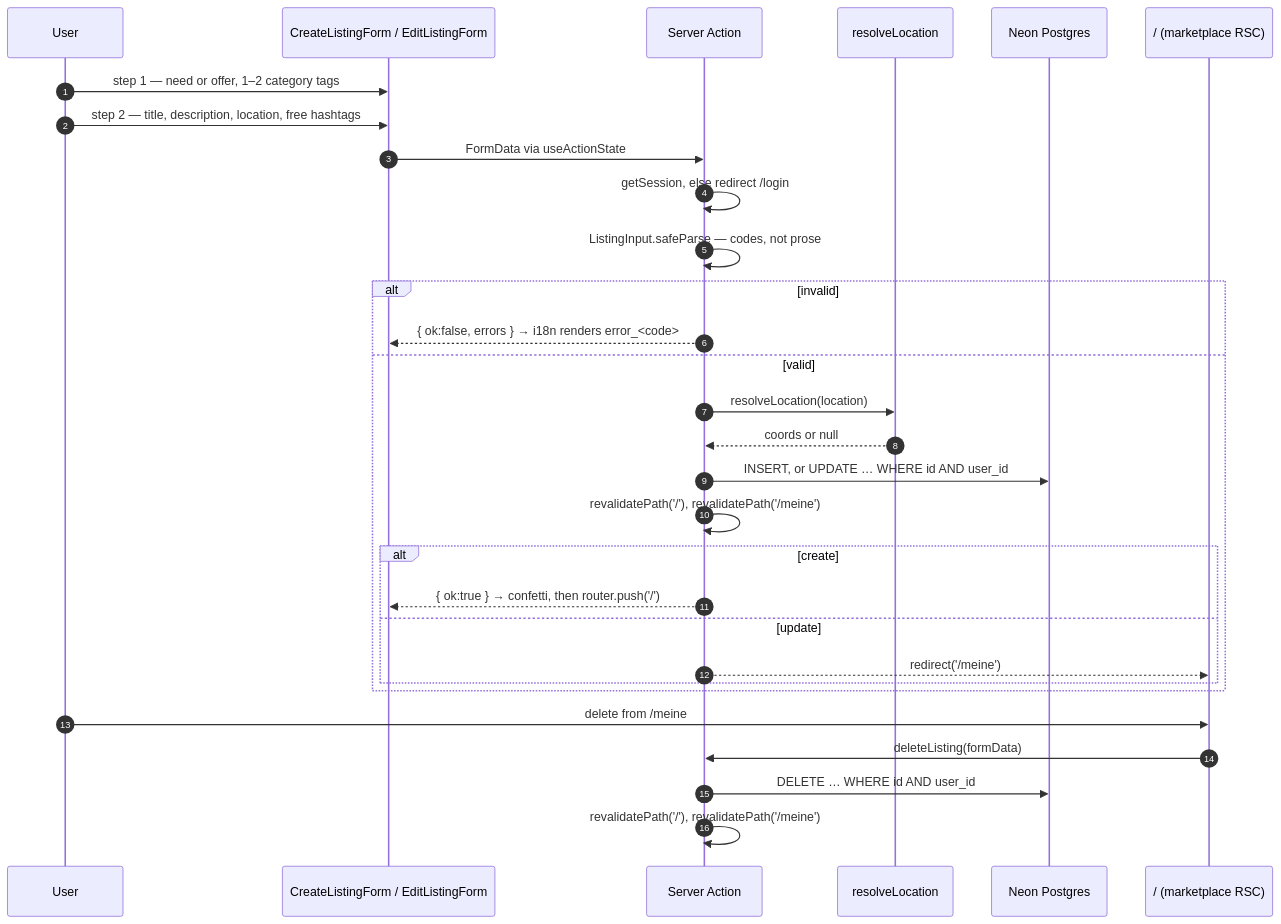
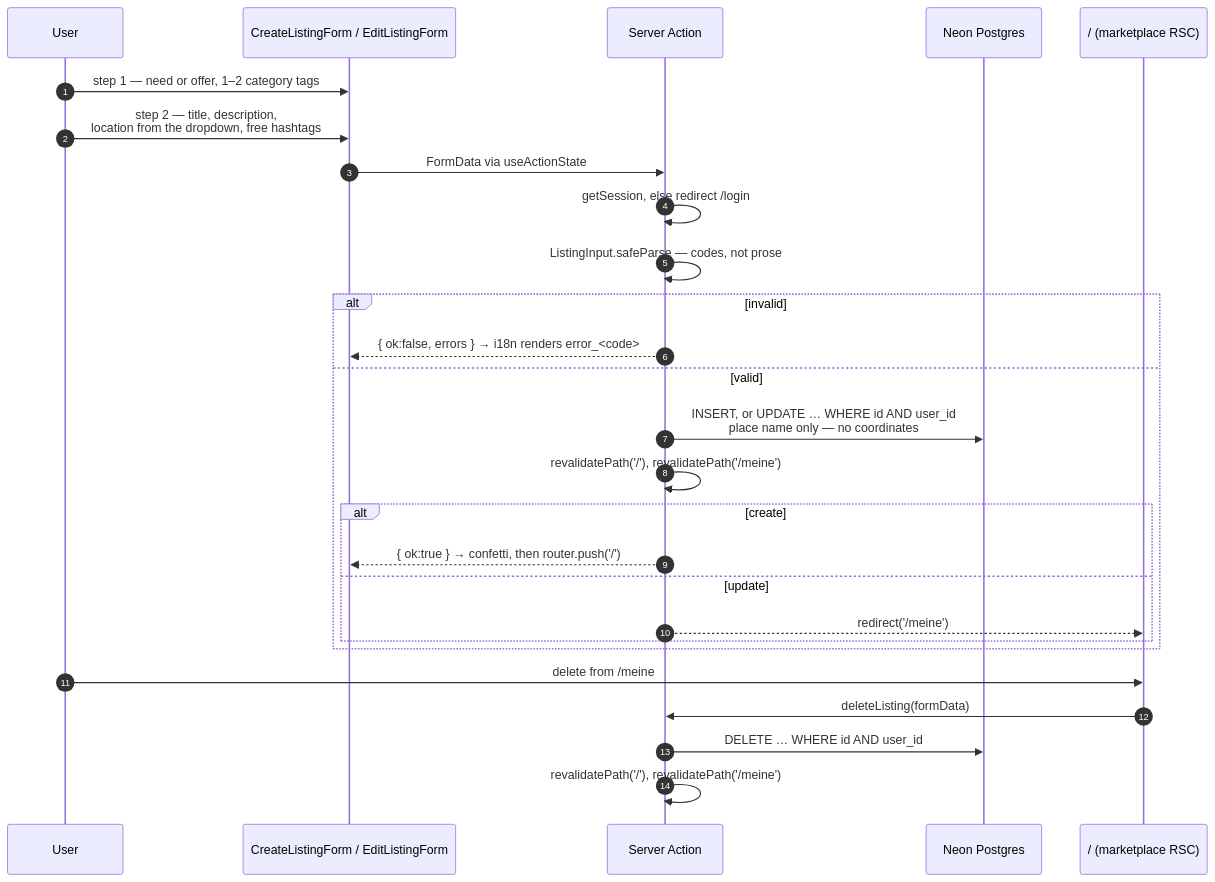
Before and after one commit to InnoLab-2026/FeedmyFrog: the fifth of 12 diagrams in README.md, drawn with Mermaid. The commit also changed other lines of this file and 20 other files, not shown here.

````diff
--- a/README.md
+++ b/README.md
@@ -488,34 +488,31 @@
 ```mermaid
 sequenceDiagram
     autonumber
     participant U as User
     participant F as CreateListingForm / EditListingForm
     participant A as Server Action
-    participant G as resolveLocation
     participant DB as Neon Postgres
     participant M as /  (marketplace RSC)
 
     U->>F: step 1 — need or offer, 1–2 category tags
-    U->>F: step 2 — title, description, location, free hashtags
+    U->>F: step 2 — title, description,<br/>location from the dropdown, free hashtags
     F->>A: FormData via useActionState
     A->>A: getSession, else redirect /login
     A->>A: ListingInput.safeParse — codes, not prose
     alt invalid
         A-->>F: { ok:false, errors } → i18n renders error_<code>
     else valid
-        A->>G: resolveLocation(location)
-        G-->>A: coords or null
-        A->>DB: INSERT, or UPDATE … WHERE id AND user_id
+        A->>DB: INSERT, or UPDATE … WHERE id AND user_id<br/>place name only — no coordinates
         A->>A: revalidatePath('/'), revalidatePath('/meine')
         alt create
             A-->>F: { ok:true } → confetti, then router.push('/')
         else update
             A-->>M: redirect('/meine')
         end
     end
 
     U->>M: delete from /meine
     M->>A: deleteListing(formData)
     A->>DB: DELETE … WHERE id AND user_id
     A->>A: revalidatePath('/'), revalidatePath('/meine')
 ```
````
